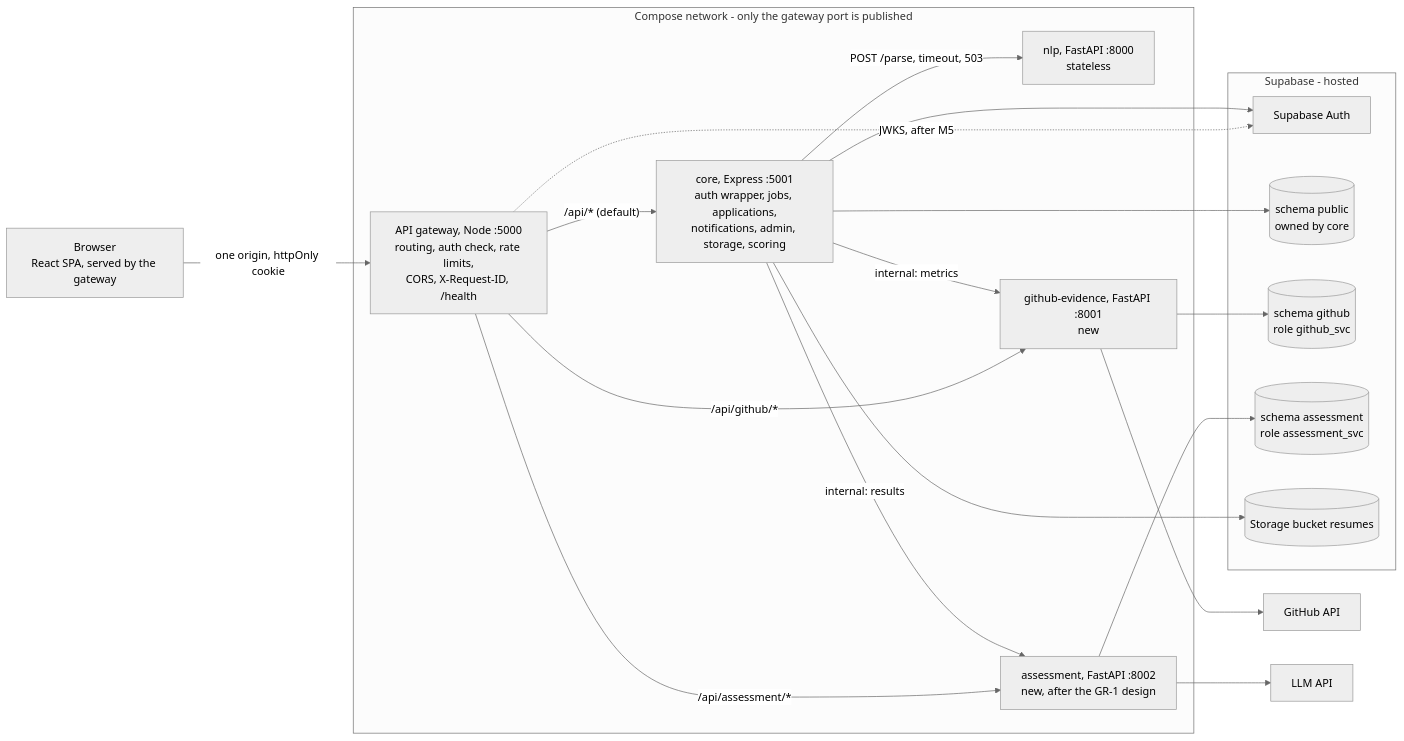
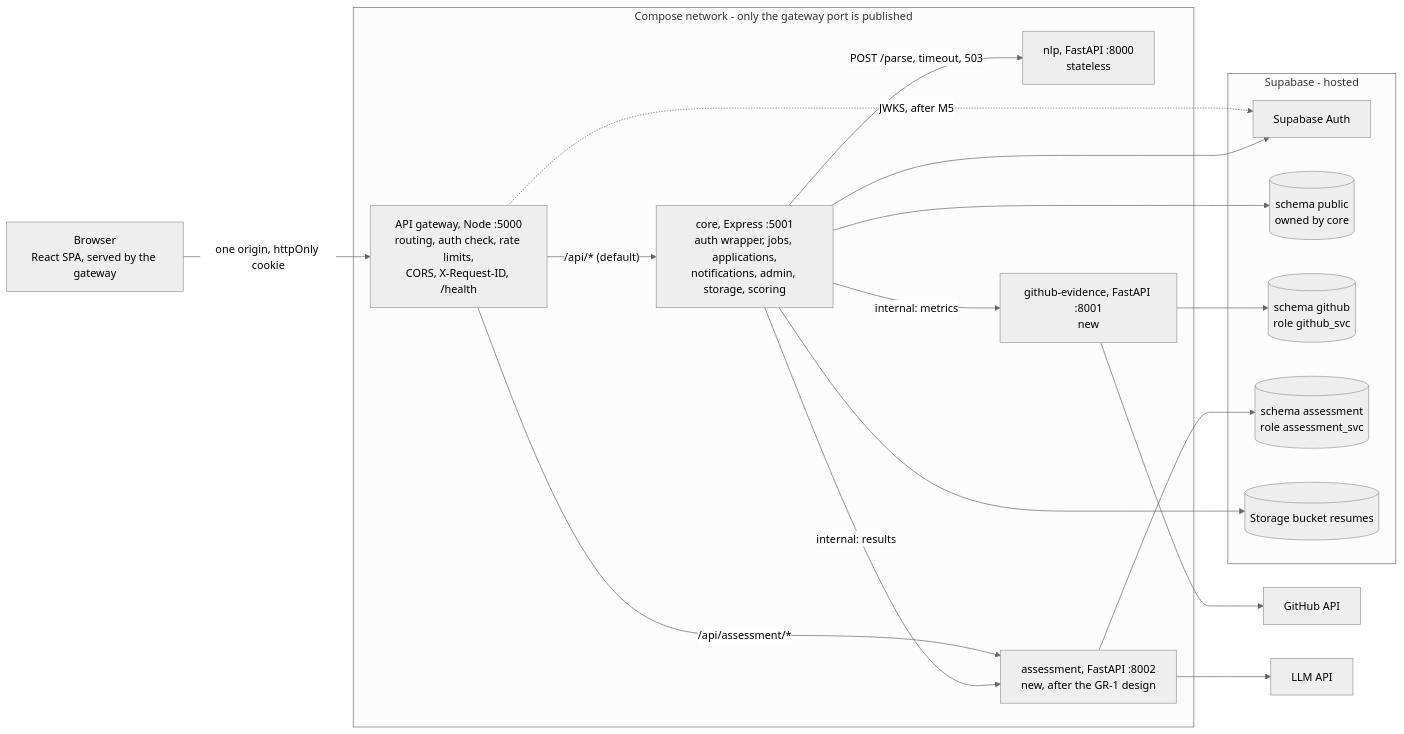
One commit to C72-BTECH-PROJECT/Patina changed the second of 2 diagrams in ARCHITECTURE.md. Above: the diagram before and after it, drawn with Mermaid (neutral theme). The commit also changed other lines of this file and 12 other files, not shown here.

First line of the commit message:
Add roadmap and enforce tracker checks

````diff
--- a/ARCHITECTURE.md
+++ b/ARCHITECTURE.md
@@ -335,35 +340,34 @@
 ```mermaid
 flowchart LR
   FE["Browser<br/>React SPA, served by the gateway"]
   subgraph net [Compose network - only the gateway port is published]
     GW["API gateway, Node :5000<br/>routing, auth check, rate limits,<br/>CORS, X-Request-ID, /health"]
     CORE["core, Express :5001<br/>auth wrapper, jobs, applications,<br/>notifications, admin, storage, scoring"]
     NLP["nlp, FastAPI :8000<br/>stateless"]
     GHS["github-evidence, FastAPI :8001<br/>new"]
     ASM["assessment, FastAPI :8002<br/>new, after the GR-1 design"]
   end
   subgraph supa [Supabase - hosted]
     AUTH["Supabase Auth"]
     PUB[("schema public<br/>owned by core")]
     GHD[("schema github<br/>role github_svc")]
     ASD[("schema assessment<br/>role assessment_svc")]
     ST[("Storage bucket resumes")]
   end
   GHAPI["GitHub API"]
   LLM["LLM API"]
   FE -->|"one origin, httpOnly cookie"| GW
   GW -->|"/api/* (default)"| CORE
-  GW -->|"/api/github/*"| GHS
   GW -->|"/api/assessment/*"| ASM
   GW -.->|"JWKS, after M5"| AUTH
   CORE -->|"POST /parse, timeout, 503"| NLP
   CORE -->|"internal: metrics"| GHS
   CORE -->|"internal: results"| ASM
   CORE --> PUB
   CORE --> ST
   CORE --> AUTH
   GHS --> GHD
   GHS --> GHAPI
   ASM --> ASD
   ASM --> LLM
 ```
````
